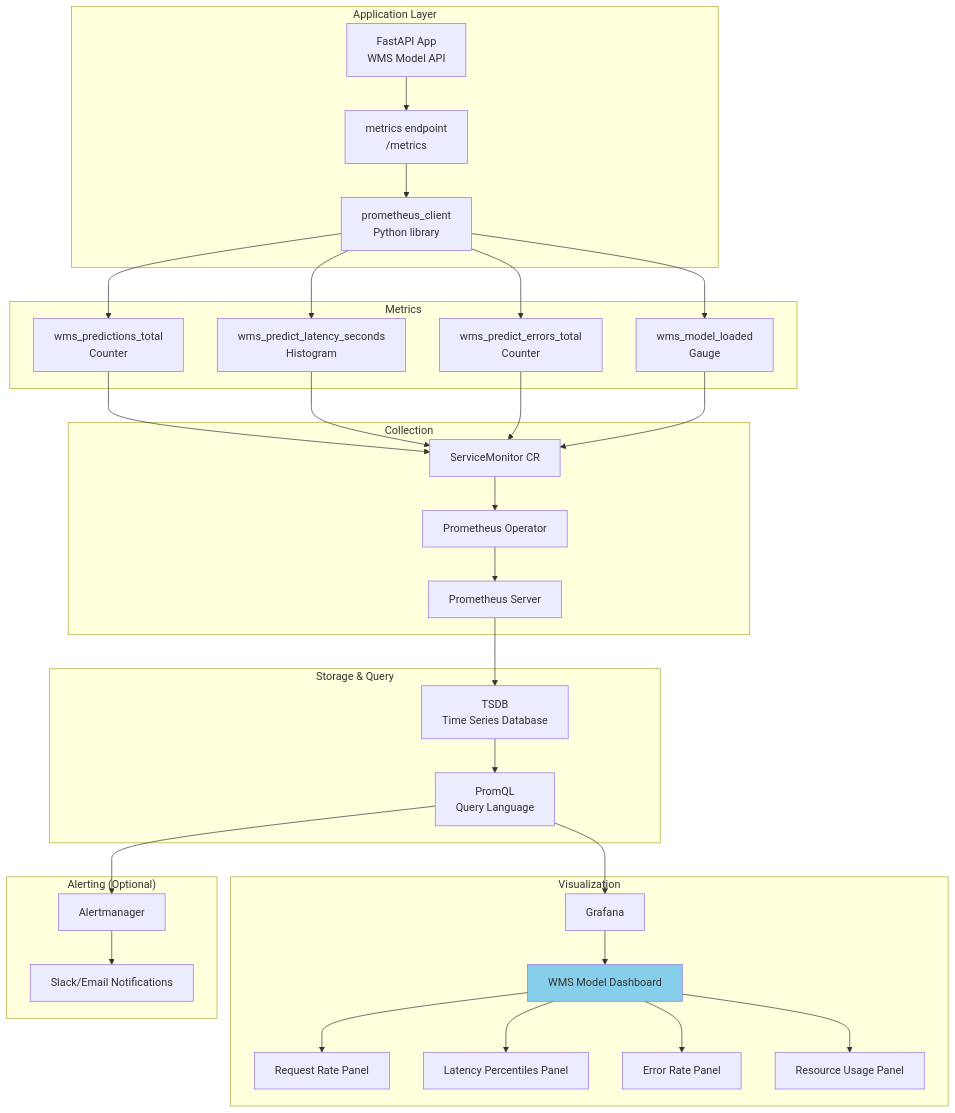
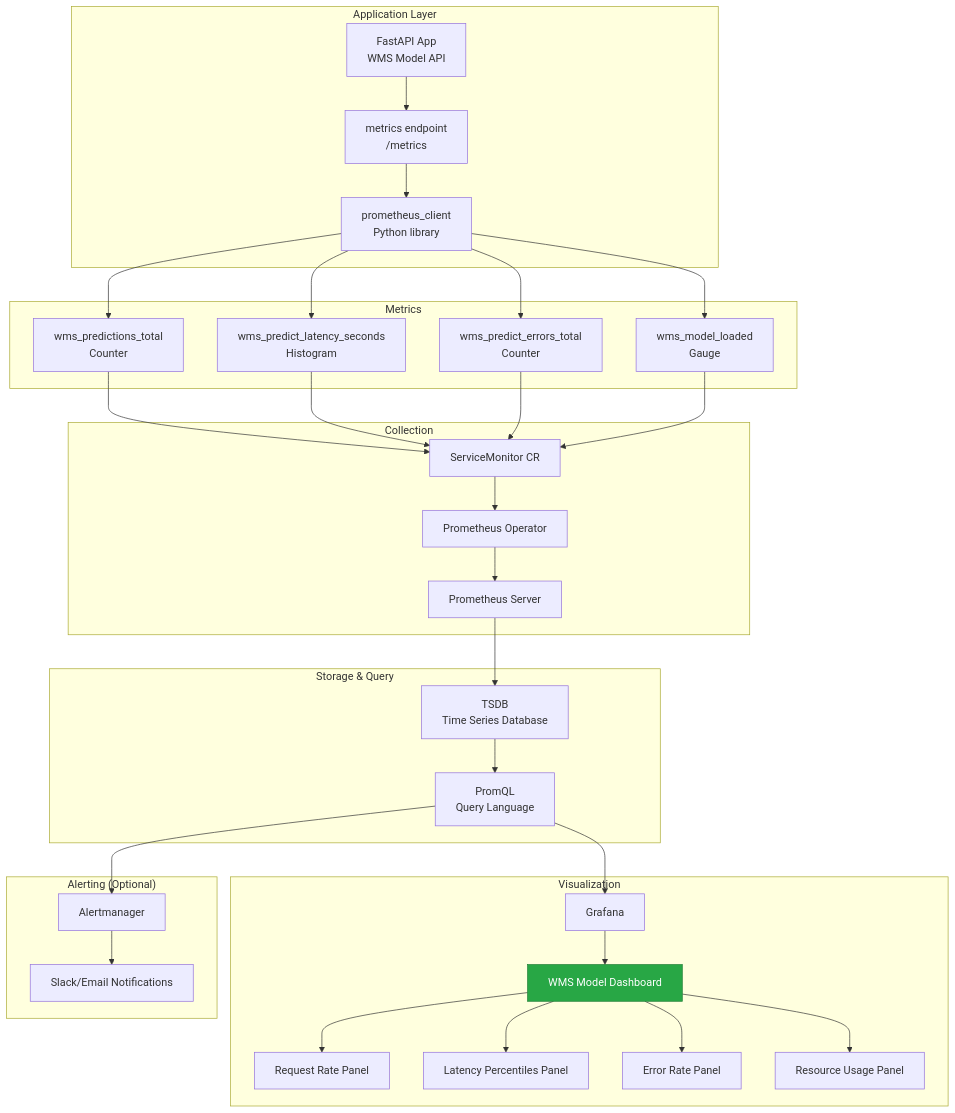
Before and after one commit to Rafallost/Water-Meters-Segmentation-Automatization: the eighth of 10 diagrams in docs/DIAGRAMS.md, drawn with Mermaid. The commit also changed other lines of this file, not shown here.

First line of the commit message:
fix: improve diagram colors to match original design

````diff
--- a/docs/DIAGRAMS.md
+++ b/docs/DIAGRAMS.md
@@ -349,44 +349,44 @@
 ```mermaid
 graph TB
     subgraph "Application Layer"
         A["FastAPI App<br/>WMS Model API"] --> B["metrics endpoint<br/>/metrics"]
         B --> C["prometheus_client<br/>Python library"]
     end
 
     subgraph "Metrics"
         C --> D[wms_predictions_total<br/>Counter]
         C --> E[wms_predict_latency_seconds<br/>Histogram]
         C --> F[wms_predict_errors_total<br/>Counter]
         C --> G[wms_model_loaded<br/>Gauge]
     end
 
     subgraph "Collection"
         D --> H[ServiceMonitor CR]
         E --> H
         F --> H
         G --> H
         H --> I[Prometheus Operator]
         I --> J[Prometheus Server]
     end
 
     subgraph "Storage & Query"
         J --> K[TSDB<br/>Time Series Database]
         K --> L[PromQL<br/>Query Language]
     end
 
     subgraph "Visualization"
         L --> M[Grafana]
         M --> N[WMS Model Dashboard]
         N --> O[Request Rate Panel]
         N --> P[Latency Percentiles Panel]
         N --> Q[Error Rate Panel]
         N --> R[Resource Usage Panel]
     end
 
     subgraph "Alerting (Optional)"
         L --> S[Alertmanager]
         S --> T[Slack/Email Notifications]
     end
 
-    style N fill:#87CEEB
+    style N fill:#28a745,stroke:#1e7e34,color:#fff
 ```
````
